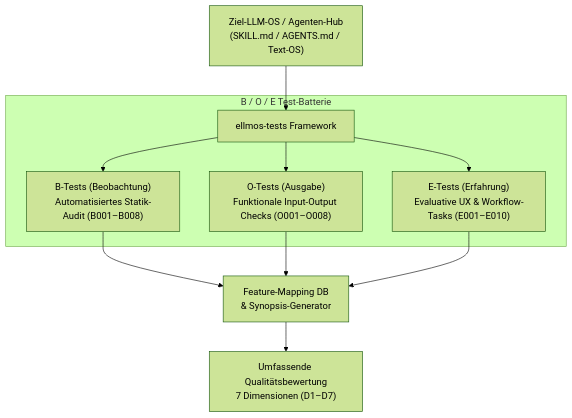
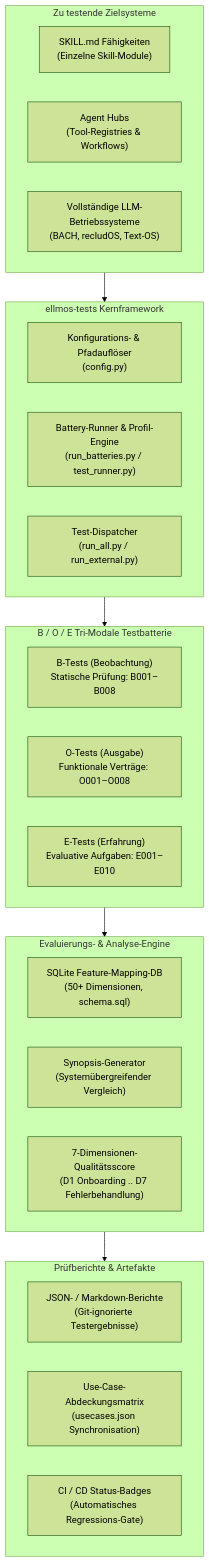
One commit to ellmos-ai/ellmos-tests changed the first of 2 diagrams in README_de.md. Above: the diagram before and after it, drawn with Mermaid (forest theme). The commit also changed other lines of this file and 11 other files, not shown here.

First line of the commit message:
docs: enhance discoverability, bilingual architecture, badges and sequence diagrams (Path B)

````diff
--- a/README_de.md
+++ b/README_de.md
@@ -33,16 +124,37 @@
 ```mermaid
-graph TD
-    A["Ziel-LLM-OS / Agenten-Hub<br/>(SKILL.md / AGENTS.md / Text-OS)"] --> B["ellmos-tests Framework"]
-    
-    subgraph "B / O / E Test-Batterie"
-        B --> B1["B-Tests (Beobachtung)<br/>Automatisiertes Statik-Audit (B001–B008)"]
-        B --> B2["O-Tests (Ausgabe)<br/>Funktionale Input-Output Checks (O001–O008)"]
-        B --> B3["E-Tests (Erfahrung)<br/>Evaluative UX & Workflow-Tasks (E001–E010)"]
+flowchart TD
+    subgraph Target["Zu testende Zielsysteme"]
+        T1["SKILL.md Fähigkeiten<br/>(Einzelne Skill-Module)"]
+        T2["Agent Hubs<br/>(Tool-Registries & Workflows)"]
+        T3["Vollständige LLM-Betriebssysteme<br/>(BACH, recludOS, Text-OS)"]
     end
-    
-    B1 --> C["Feature-Mapping DB<br/>& Synopsis-Generator"]
-    B2 --> C
-    B3 --> C
-    
-    C --> D["Umfassende Qualitätsbewertung<br/>7 Dimensionen (D1–D7)"]
+
+    subgraph Framework["ellmos-tests Kernframework"]
+        CF1["Konfigurations- & Pfadauflöser<br/>(config.py)"]
+        CF2["Battery-Runner & Profil-Engine<br/>(run_batteries.py / test_runner.py)"]
+        CF3["Test-Dispatcher<br/>(run_all.py / run_external.py)"]
+    end
+
+    subgraph Battery["B / O / E Tri-Modale Testbatterie"]
+        B1["B-Tests (Beobachtung)<br/>Statische Prüfung: B001–B008"]
+        B2["O-Tests (Ausgabe)<br/>Funktionale Verträge: O001–O008"]
+        B3["E-Tests (Erfahrung)<br/>Evaluative Aufgaben: E001–E010"]
+    end
+
+    subgraph Analytics["Evaluierungs- & Analyse-Engine"]
+        A1["SQLite Feature-Mapping-DB<br/>(50+ Dimensionen, schema.sql)"]
+        A2["Synopsis-Generator<br/>(Systemübergreifender Vergleich)"]
+        A3["7-Dimensionen-Qualitätsscore<br/>(D1 Onboarding .. D7 Fehlerbehandlung)"]
+    end
+
+    subgraph Outputs["Prüfberichte & Artefakte"]
+        O1["JSON- / Markdown-Berichte<br/>(Git-ignorierte Testergebnisse)"]
+        O2["Use-Case-Abdeckungsmatrix<br/>(usecases.json Synchronisation)"]
+        O3["CI / CD Status-Badges<br/>(Automatisches Regressions-Gate)"]
+    end
+
+    Target --> Framework
+    Framework --> Battery
+    Battery --> Analytics
+    Analytics --> Outputs
 ```
````
